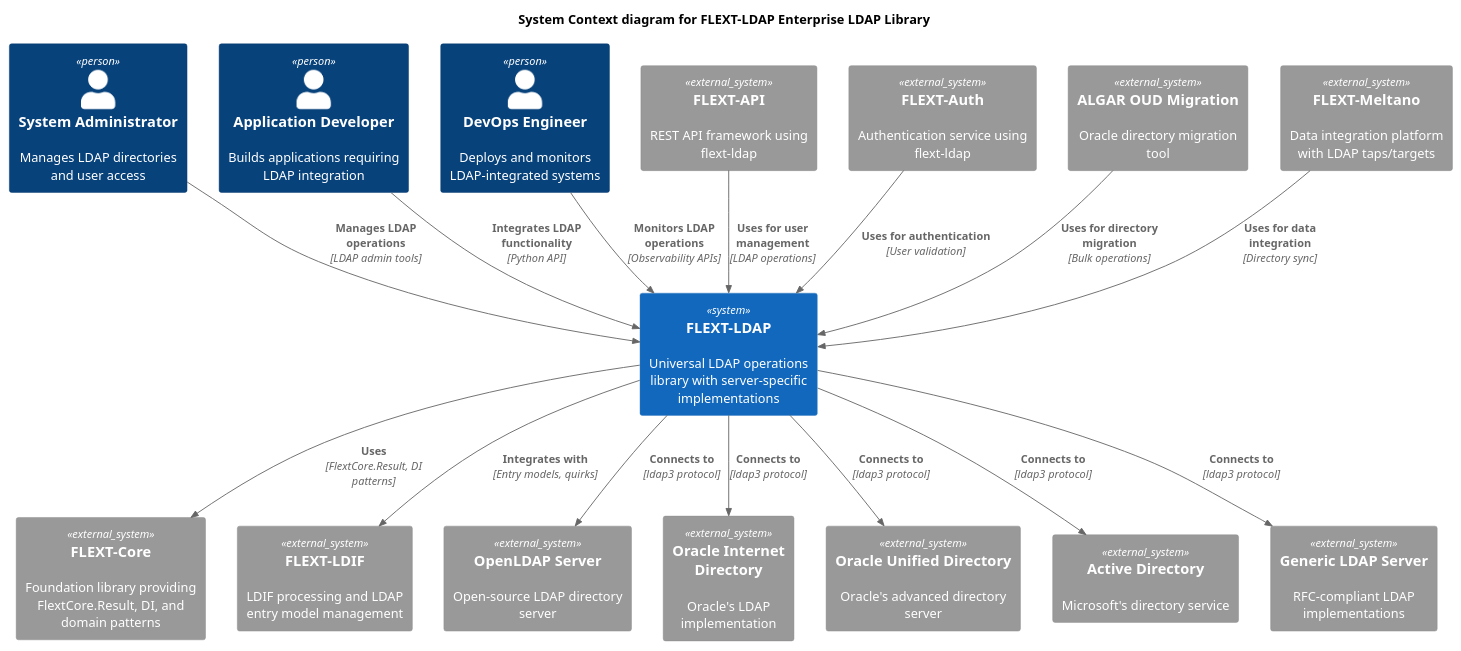
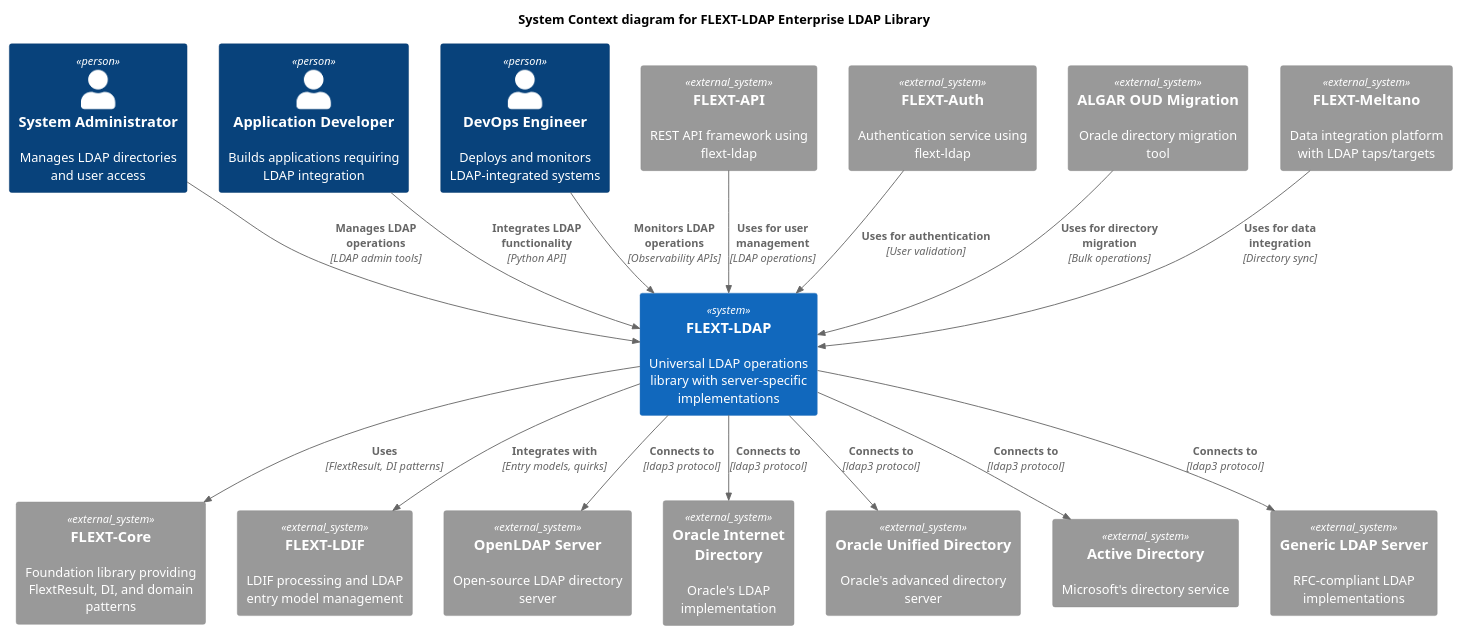
Before and after one commit to flext-sh/flext-ldap: the diagram in docs/architecture/diagrams/c4-system-context.puml, drawn with PlantUML. The commit also changed 121 other files, not shown here.

```diff
--- a/docs/architecture/diagrams/c4-system-context.puml
+++ b/docs/architecture/diagrams/c4-system-context.puml
@@ -1,44 +1,44 @@
 @startuml FLEXT-LDAP System Context
 !include https://raw.githubusercontent.com/plantuml-stdlib/C4-PlantUML/master/C4_Context.puml
 
 title System Context diagram for FLEXT-LDAP Enterprise LDAP Library
 
 Person(admin, "System Administrator", "Manages LDAP directories and user access")
 Person(developer, "Application Developer", "Builds applications requiring LDAP integration")
 Person(operator, "DevOps Engineer", "Deploys and monitors LDAP-integrated systems")
 
 System(flext_ldap, "FLEXT-LDAP", "Universal LDAP operations library with server-specific implementations")
 
-System_Ext(flext_core, "FLEXT-Core", "Foundation library providing FlextCore.Result, DI, and domain patterns")
+System_Ext(flext_core, "FLEXT-Core", "Foundation library providing FlextResult, DI, and domain patterns")
 System_Ext(flext_ldif, "FLEXT-LDIF", "LDIF processing and LDAP entry model management")
 
 System_Ext(openldap, "OpenLDAP Server", "Open-source LDAP directory server")
 System_Ext(oracle_oid, "Oracle Internet Directory", "Oracle's LDAP implementation")
 System_Ext(oracle_oud, "Oracle Unified Directory", "Oracle's advanced directory server")
 System_Ext(active_directory, "Active Directory", "Microsoft's directory service")
 System_Ext(generic_ldap, "Generic LDAP Server", "RFC-compliant LDAP implementations")
 
 System_Ext(flext_api, "FLEXT-API", "REST API framework using flext-ldap")
 System_Ext(flext_auth, "FLEXT-Auth", "Authentication service using flext-ldap")
 System_Ext(algar_migration, "ALGAR OUD Migration", "Oracle directory migration tool")
 System_Ext(flext_meltano, "FLEXT-Meltano", "Data integration platform with LDAP taps/targets")
 
 Rel(admin, flext_ldap, "Manages LDAP operations", "LDAP admin tools")
 Rel(developer, flext_ldap, "Integrates LDAP functionality", "Python API")
 Rel(operator, flext_ldap, "Monitors LDAP operations", "Observability APIs")
 
-Rel(flext_ldap, flext_core, "Uses", "FlextCore.Result, DI patterns")
+Rel(flext_ldap, flext_core, "Uses", "FlextResult, DI patterns")
 Rel(flext_ldap, flext_ldif, "Integrates with", "Entry models, quirks")
 
 Rel(flext_ldap, openldap, "Connects to", "ldap3 protocol")
 Rel(flext_ldap, oracle_oid, "Connects to", "ldap3 protocol")
 Rel(flext_ldap, oracle_oud, "Connects to", "ldap3 protocol")
 Rel(flext_ldap, active_directory, "Connects to", "ldap3 protocol")
 Rel(flext_ldap, generic_ldap, "Connects to", "ldap3 protocol")
 
 Rel(flext_api, flext_ldap, "Uses for user management", "LDAP operations")
 Rel(flext_auth, flext_ldap, "Uses for authentication", "User validation")
 Rel(algar_migration, flext_ldap, "Uses for directory migration", "Bulk operations")
 Rel(flext_meltano, flext_ldap, "Uses for data integration", "Directory sync")
 
 @enduml
```
